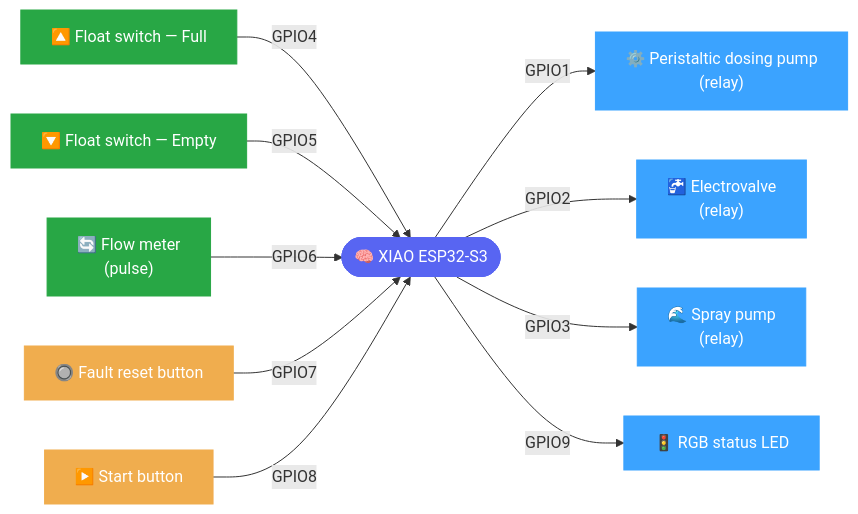
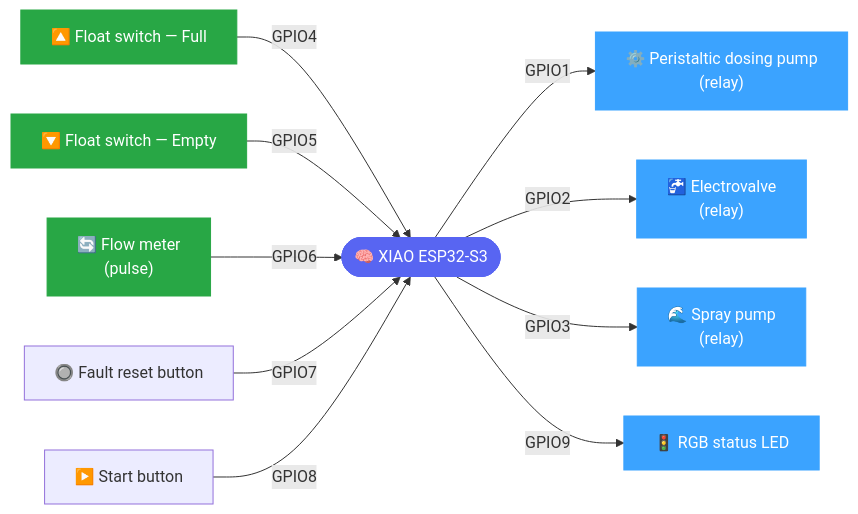
One commit to LorenzoMorrone/ZanzNUKE changed the third of 3 diagrams in README.md. Above: the diagram before and after it, drawn with Mermaid. The commit also changed other lines of this file and 9 other files, not shown here.

````diff
--- a/README.md
+++ b/README.md
@@ -163,26 +165,24 @@
 ```mermaid
 flowchart LR
     MCU(["🧠 XIAO ESP32-S3"])
 
     MCU -->|GPIO1| Perist["⚙️ Peristaltic dosing pump<br>(relay)"]
     MCU -->|GPIO2| Valve["🚰 Electrovalve<br>(relay)"]
     MCU -->|GPIO3| Spray["🌊 Spray pump<br>(relay)"]
     MCU -->|GPIO9| LED["🚦 RGB status LED"]
 
     Full["🔼 Float switch — Full"] -->|GPIO4| MCU
     Empty["🔽 Float switch — Empty"] -->|GPIO5| MCU
     Flow["🔄 Flow meter<br>(pulse)"] -->|GPIO6| MCU
     Reset["🔘 Fault reset button"] -->|GPIO7| MCU
     Start["▶️ Start button"] -->|GPIO8| MCU
 
     style MCU fill:#5865f2,stroke:#5865f2,color:#fff
     style Perist fill:#3ba3ff,stroke:#3ba3ff,color:#fff
     style Valve fill:#3ba3ff,stroke:#3ba3ff,color:#fff
     style Spray fill:#3ba3ff,stroke:#3ba3ff,color:#fff
     style LED fill:#3ba3ff,stroke:#3ba3ff,color:#fff
     style Full fill:#28a745,stroke:#28a745,color:#fff
     style Empty fill:#28a745,stroke:#28a745,color:#fff
     style Flow fill:#28a745,stroke:#28a745,color:#fff
-    style Reset fill:#f0ad4e,stroke:#f0ad4e,color:#fff
-    style Start fill:#f0ad4e,stroke:#f0ad4e,color:#fff
 ```
````
